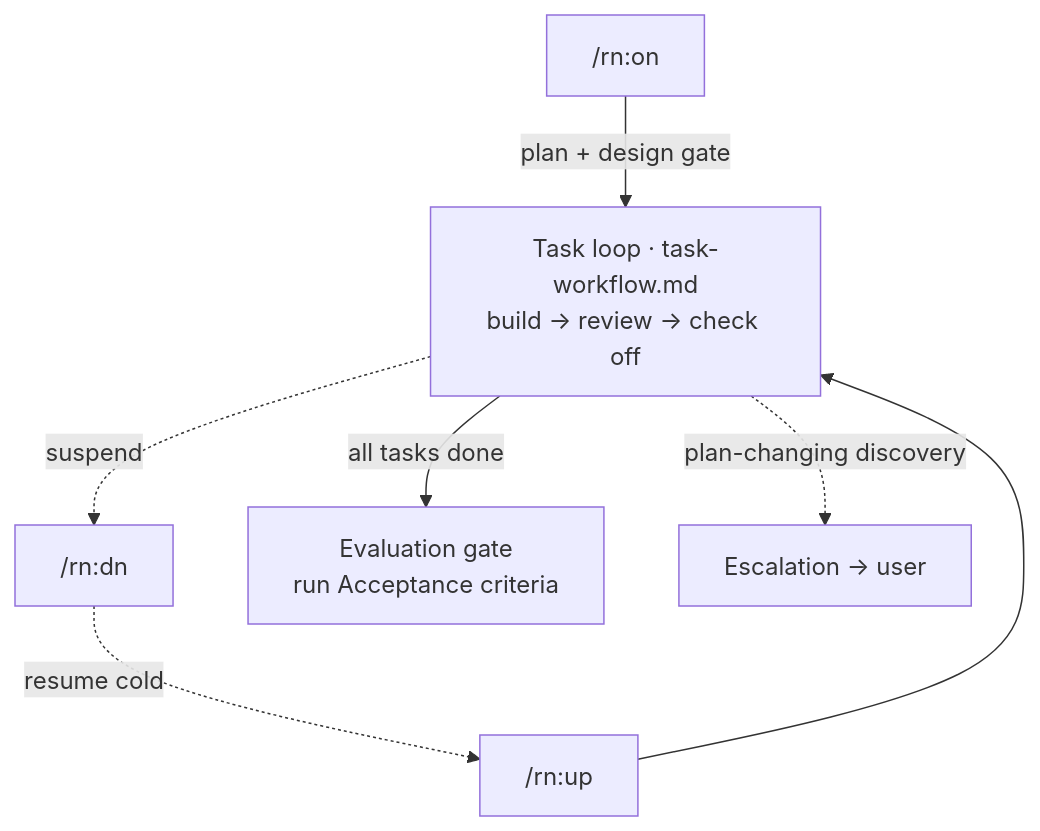
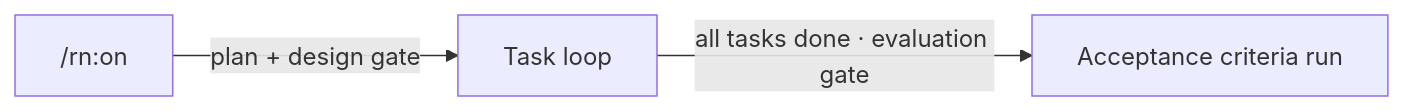
One commit to lovaizu/ccpm changed the second of 3 diagrams in rn/docs/design.md. Above: the diagram before and after it, drawn with Mermaid. The commit also changed other lines of this file, not shown here.

First line of the commit message:
docs(rn): split Flow into top-level + Task-loop diagrams; map each gate to what it evaluates

````diff
--- a/rn/docs/design.md
+++ b/rn/docs/design.md
@@ -55,9 +56,5 @@
 ```mermaid
-flowchart TD
-  on["/rn:on"] -->|plan + design gate| loop["Task loop · task-workflow.md<br/>build → review → check off"]
-  loop -.->|suspend| dn["/rn:dn"]
-  dn -.->|resume cold| up["/rn:up"]
-  up --> loop
-  loop -->|all tasks done| eval["Evaluation gate<br/>run Acceptance criteria"]
-  loop -.->|plan-changing discovery| esc["Escalation → user"]
+flowchart LR
+  on["/rn:on"] -->|plan + design gate| loop["Task loop"]
+  loop -->|all tasks done · evaluation gate| eval["Acceptance criteria run"]
 ```
````
